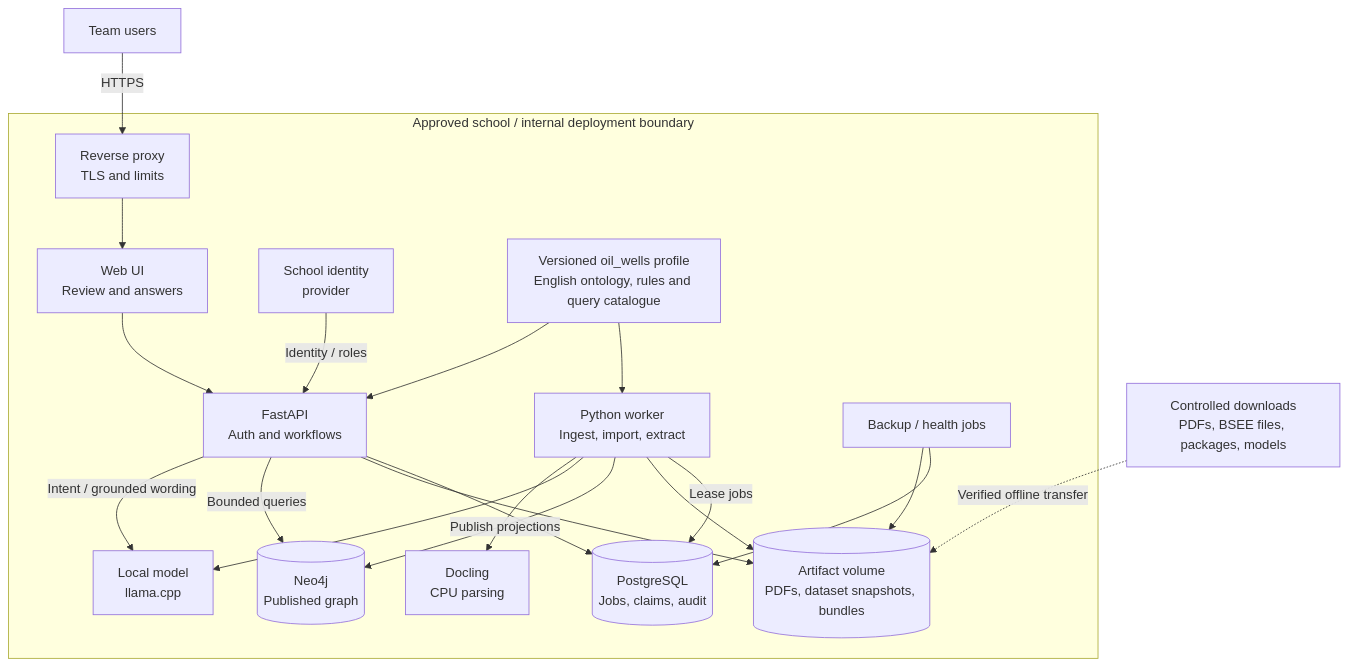
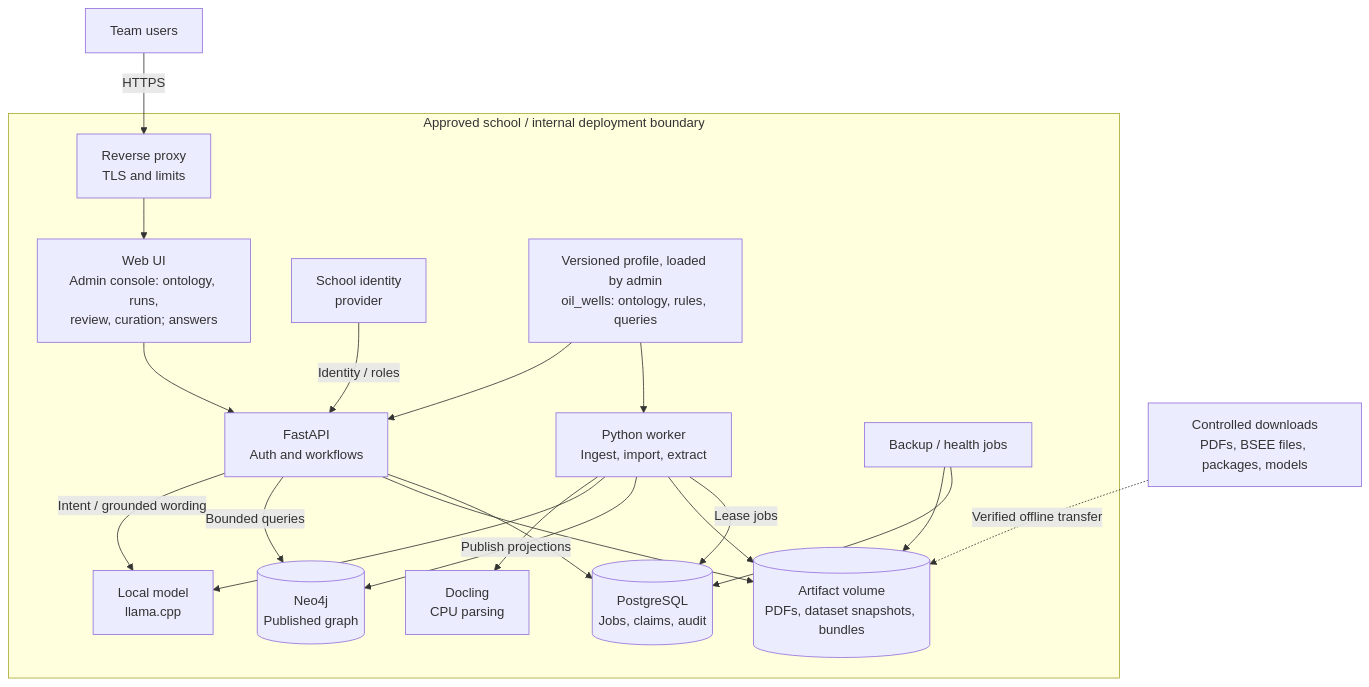
Before and after one commit to thaitri2005/Secure-O-G-LLM-and-Knowledge-Graph: the third of 7 diagrams in docs/PROJECT_DESIGN.md, drawn with Mermaid. The commit also changed other lines of this file and 31 other files, not shown here.

````diff
--- a/docs/PROJECT_DESIGN.md
+++ b/docs/PROJECT_DESIGN.md
@@ -288,23 +312,23 @@
 ```mermaid
 flowchart TB
     U["Team users"] -->|HTTPS| G["Reverse proxy<br/>TLS and limits"]
     subgraph Z["Approved school / internal deployment boundary"]
-        G --> UI["Web UI<br/>Review and answers"]
+        G --> UI["Web UI<br/>Admin console: ontology, runs,<br/>review, curation; answers"]
         UI --> API["FastAPI<br/>Auth and workflows"]
         IDP["School identity<br/>provider"] -->|Identity / roles| API
         API --> PG[("PostgreSQL<br/>Jobs, claims, audit")]
         API --> FS[("Artifact volume<br/>PDFs, dataset snapshots, bundles")]
         API -->|Bounded queries| NG[("Neo4j<br/>Published graph")]
         W["Python worker<br/>Ingest, import, extract"] -->|Lease jobs| PG
         W --> FS
         W -->|Publish projections| NG
         W --> LM["Local model<br/>llama.cpp"]
         API -->|Intent / grounded wording| LM
-        PROFILE["Versioned oil_wells profile<br/>English ontology, rules and query catalogue"] --> W
+        PROFILE["Versioned profile, loaded by admin<br/>oil_wells: ontology, rules, queries"] --> W
         PROFILE --> API
         W --> D["Docling<br/>CPU parsing"]
         BK["Backup / health jobs"] --> PG
         BK --> FS
     end
     ST["Controlled downloads<br/>PDFs, BSEE files, packages, models"] -. "Verified offline transfer" .-> FS
 ```
````
